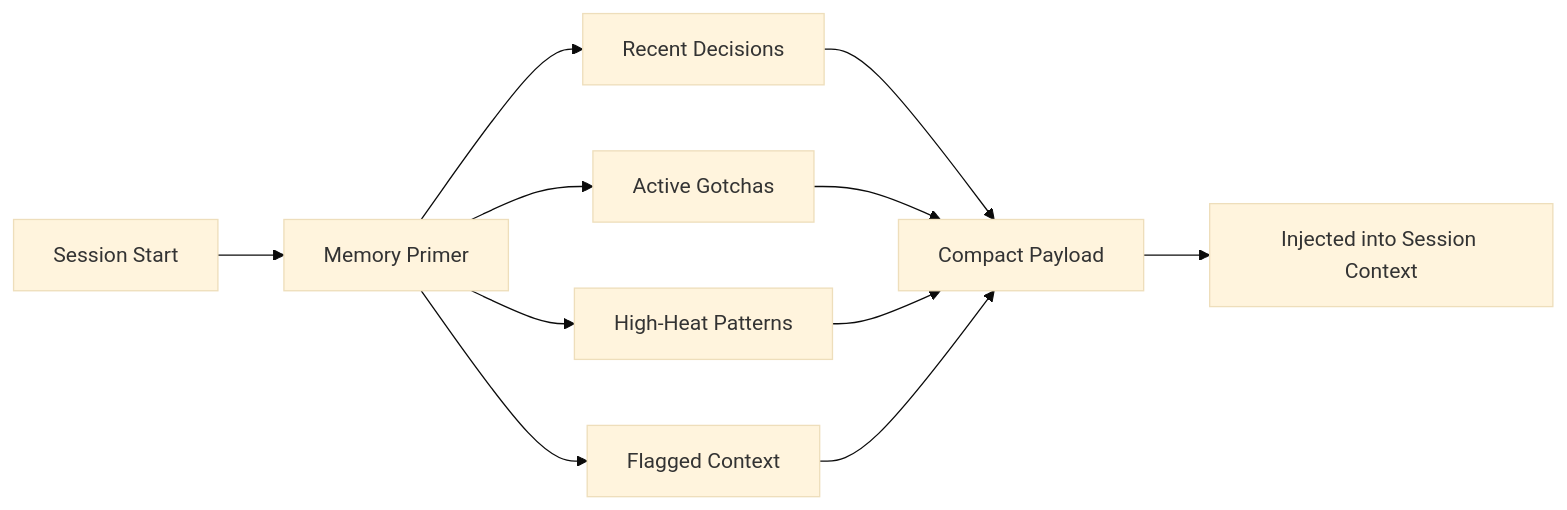
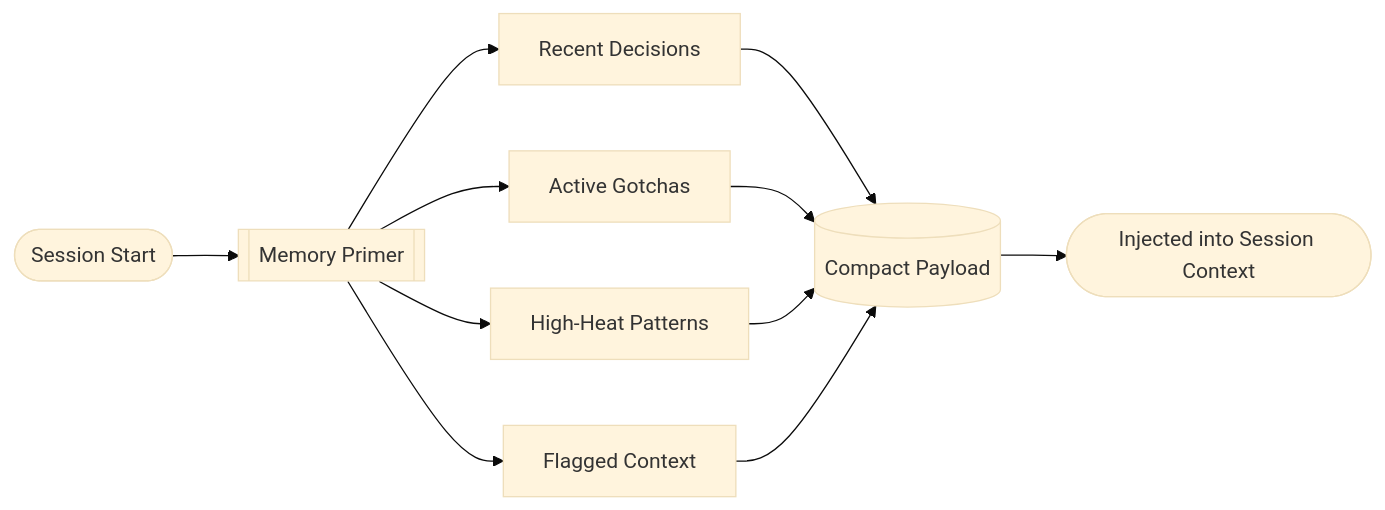
Before and after one commit to CyberdaemonAI/cyberdaemon-site: the third of 3 diagrams in src/content/build-logs/prom-memory.mdx, drawn with Mermaid (base theme). The commit also changed other lines of this file and 23 other files, not shown here.

First line of the commit message:
style(diagrams): retrofit all mermaid diagrams to flowchart syntax site-wide

````diff
--- a/src/content/build-logs/prom-memory.mdx
+++ b/src/content/build-logs/prom-memory.mdx
@@ -288,13 +288,13 @@
 ```mermaid
-graph LR
-    A[Session Start] --> B[Memory Primer]
+flowchart LR
+    A([Session Start]) --> B[[Memory Primer]]
     B --> C[Recent Decisions]
     B --> D[Active Gotchas]
     B --> E[High-Heat Patterns]
     B --> F[Flagged Context]
-    C --> G[Compact Payload]
+    C --> G[(Compact Payload)]
     D --> G
     E --> G
     F --> G
-    G --> H[Injected into Session Context]
+    G --> H([Injected into Session Context])
 ```
````
